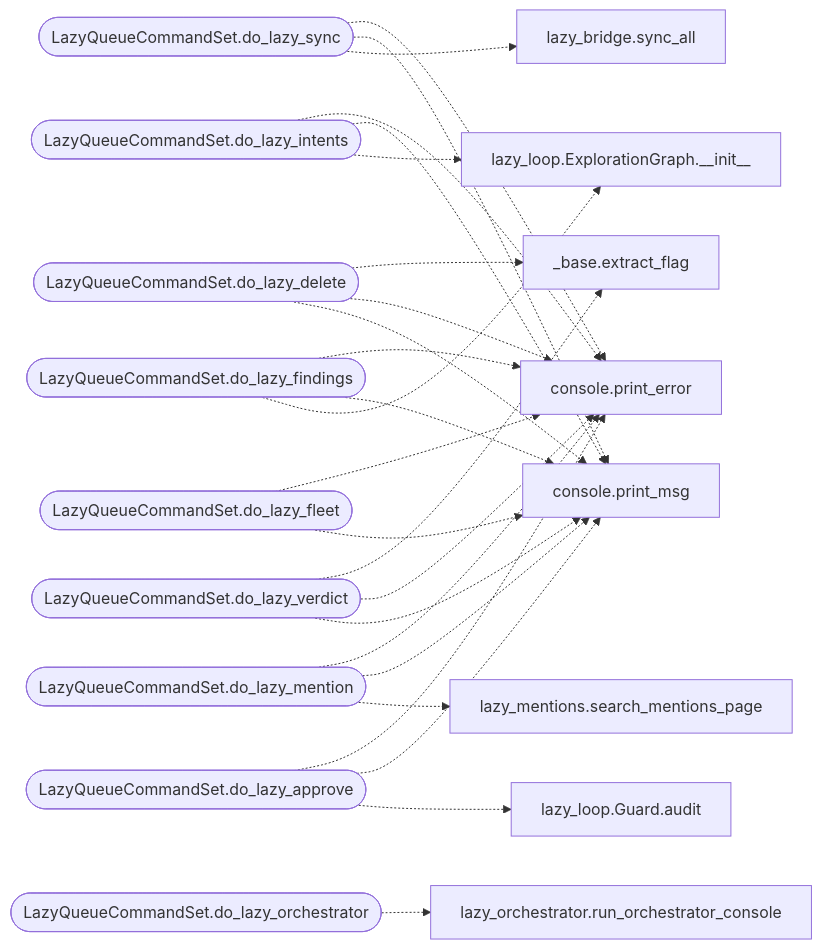
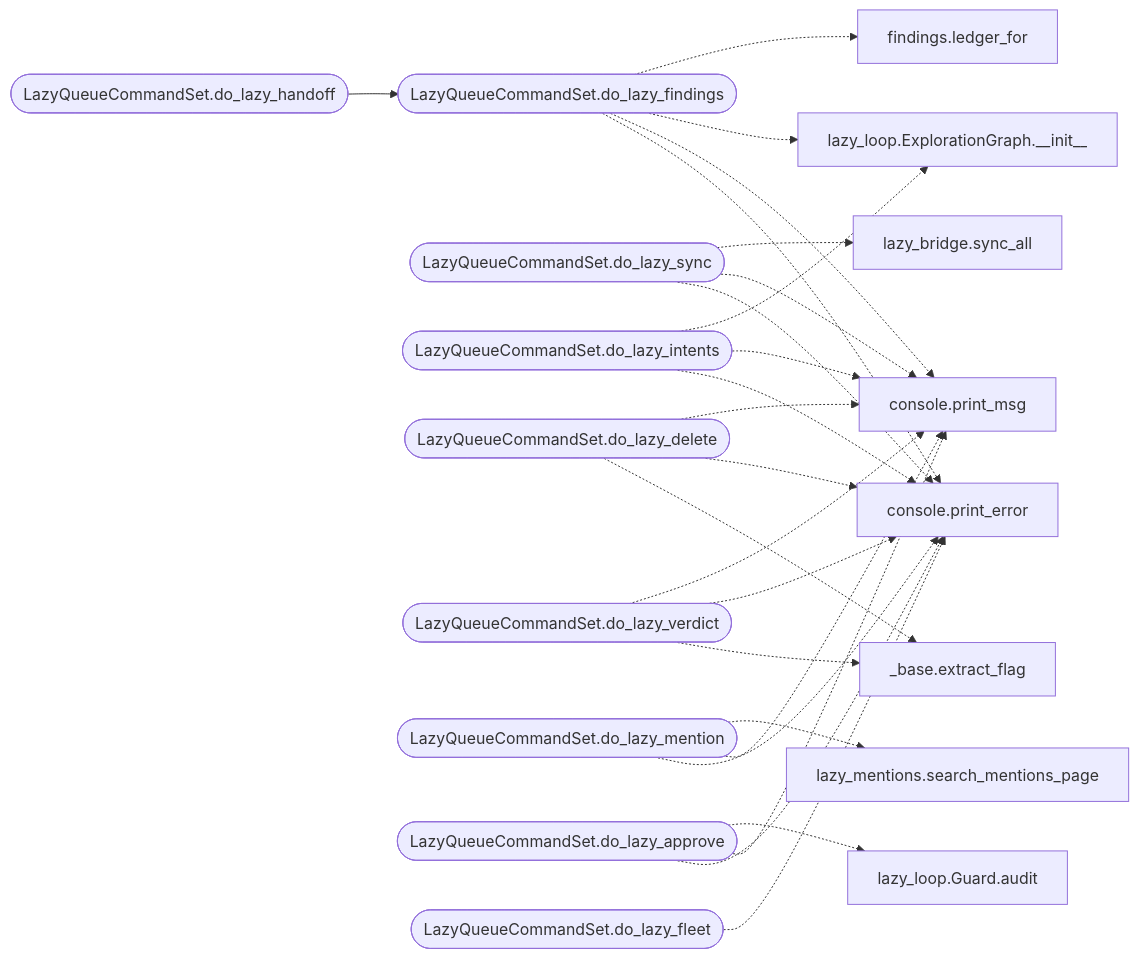
The second of 2 diagrams in readmenator-apidocs/modules/cli.commands.lazyloop.py.md (grisuno/LazyOwn), drawn with Mermaid before and after one commit. The commit also changed other lines of this file and 415 other files, not shown here.

````diff
--- a/readmenator-apidocs/modules/cli.commands.lazyloop.py.md
+++ b/readmenator-apidocs/modules/cli.commands.lazyloop.py.md
@@ -45,44 +46,44 @@
 ```mermaid
 flowchart LR
+    n_cli_commands_lazyloop_py__LazyQueueCommandSet_do_lazy_handoff(["LazyQueueCommandSet.do_lazy_handoff"])
+    n_cli_commands_lazyloop_py__LazyQueueCommandSet_do_lazy_findings(["LazyQueueCommandSet.do_lazy_findings"])
     n_cli_commands_lazyloop_py__LazyQueueCommandSet_do_lazy_sync(["LazyQueueCommandSet.do_lazy_sync"])
     n_core_console_py__print_error["console.print_error"]
     n_core_console_py__print_msg["console.print_msg"]
     n_modules_lazy_bridge_py__sync_all["lazy_bridge.sync_all"]
     n_cli_commands_lazyloop_py__LazyQueueCommandSet_do_lazy_intents(["LazyQueueCommandSet.do_lazy_intents"])
     n_modules_lazy_loop_py__ExplorationGraph___init__["lazy_loop.ExplorationGraph.__init__"]
     n_cli_commands_lazyloop_py__LazyQueueCommandSet_do_lazy_delete(["LazyQueueCommandSet.do_lazy_delete"])
     n_cli_commands__base_py__extract_flag["_base.extract_flag"]
-    n_cli_commands_lazyloop_py__LazyQueueCommandSet_do_lazy_findings(["LazyQueueCommandSet.do_lazy_findings"])
+    n_modules_sinks_findings_py__ledger_for["findings.ledger_for"]
     n_cli_commands_lazyloop_py__LazyQueueCommandSet_do_lazy_verdict(["LazyQueueCommandSet.do_lazy_verdict"])
     n_cli_commands_lazyloop_py__LazyQueueCommandSet_do_lazy_mention(["LazyQueueCommandSet.do_lazy_mention"])
     n_modules_lazy_mentions_py__search_mentions_page["lazy_mentions.search_mentions_page"]
     n_cli_commands_lazyloop_py__LazyQueueCommandSet_do_lazy_approve(["LazyQueueCommandSet.do_lazy_approve"])
     n_modules_lazy_loop_py__Guard_audit["lazy_loop.Guard.audit"]
     n_cli_commands_lazyloop_py__LazyQueueCommandSet_do_lazy_fleet(["LazyQueueCommandSet.do_lazy_fleet"])
-    n_cli_commands_lazyloop_py__LazyQueueCommandSet_do_lazy_orchestrator(["LazyQueueCommandSet.do_lazy_orchestrator"])
-    n_cli_lazy_orchestrator_py__run_orchestrator_console["lazy_orchestrator.run_orchestrator_console"]
+    n_cli_commands_lazyloop_py__LazyQueueCommandSet_do_lazy_handoff --> n_cli_commands_lazyloop_py__LazyQueueCommandSet_do_lazy_findings
     n_cli_commands_lazyloop_py__LazyQueueCommandSet_do_lazy_sync -.-> n_core_console_py__print_error
     n_cli_commands_lazyloop_py__LazyQueueCommandSet_do_lazy_sync -.-> n_core_console_py__print_msg
     n_cli_commands_lazyloop_py__LazyQueueCommandSet_do_lazy_sync -.-> n_modules_lazy_bridge_py__sync_all
     n_cli_commands_lazyloop_py__LazyQueueCommandSet_do_lazy_intents -.-> n_core_console_py__print_error
     n_cli_commands_lazyloop_py__LazyQueueCommandSet_do_lazy_intents -.-> n_core_console_py__print_msg
     n_cli_commands_lazyloop_py__LazyQueueCommandSet_do_lazy_intents -.-> n_modules_lazy_loop_py__ExplorationGraph___init__
     n_cli_commands_lazyloop_py__LazyQueueCommandSet_do_lazy_delete -.-> n_cli_commands__base_py__extract_flag
     n_cli_commands_lazyloop_py__LazyQueueCommandSet_do_lazy_delete -.-> n_core_console_py__print_error
     n_cli_commands_lazyloop_py__LazyQueueCommandSet_do_lazy_delete -.-> n_core_console_py__print_msg
     n_cli_commands_lazyloop_py__LazyQueueCommandSet_do_lazy_findings -.-> n_core_console_py__print_error
     n_cli_commands_lazyloop_py__LazyQueueCommandSet_do_lazy_findings -.-> n_core_console_py__print_msg
     n_cli_commands_lazyloop_py__LazyQueueCommandSet_do_lazy_findings -.-> n_modules_lazy_loop_py__ExplorationGraph___init__
+    n_cli_commands_lazyloop_py__LazyQueueCommandSet_do_lazy_findings -.-> n_modules_sinks_findings_py__ledger_for
     n_cli_commands_lazyloop_py__LazyQueueCommandSet_do_lazy_verdict -.-> n_cli_commands__base_py__extract_flag
     n_cli_commands_lazyloop_py__LazyQueueCommandSet_do_lazy_verdict -.-> n_core_console_py__print_error
     n_cli_commands_lazyloop_py__LazyQueueCommandSet_do_lazy_verdict -.-> n_core_console_py__print_msg
     n_cli_commands_lazyloop_py__LazyQueueCommandSet_do_lazy_mention -.-> n_core_console_py__print_error
     n_cli_commands_lazyloop_py__LazyQueueCommandSet_do_lazy_mention -.-> n_core_console_py__print_msg
     n_cli_commands_lazyloop_py__LazyQueueCommandSet_do_lazy_mention -.-> n_modules_lazy_mentions_py__search_mentions_page
     n_cli_commands_lazyloop_py__LazyQueueCommandSet_do_lazy_approve -.-> n_core_console_py__print_error
     n_cli_commands_lazyloop_py__LazyQueueCommandSet_do_lazy_approve -.-> n_core_console_py__print_msg
     n_cli_commands_lazyloop_py__LazyQueueCommandSet_do_lazy_approve -.-> n_modules_lazy_loop_py__Guard_audit
     n_cli_commands_lazyloop_py__LazyQueueCommandSet_do_lazy_fleet -.-> n_core_console_py__print_error
-    n_cli_commands_lazyloop_py__LazyQueueCommandSet_do_lazy_fleet -.-> n_core_console_py__print_msg
-    n_cli_commands_lazyloop_py__LazyQueueCommandSet_do_lazy_orchestrator -.-> n_cli_lazy_orchestrator_py__run_orchestrator_console
 ```
````
